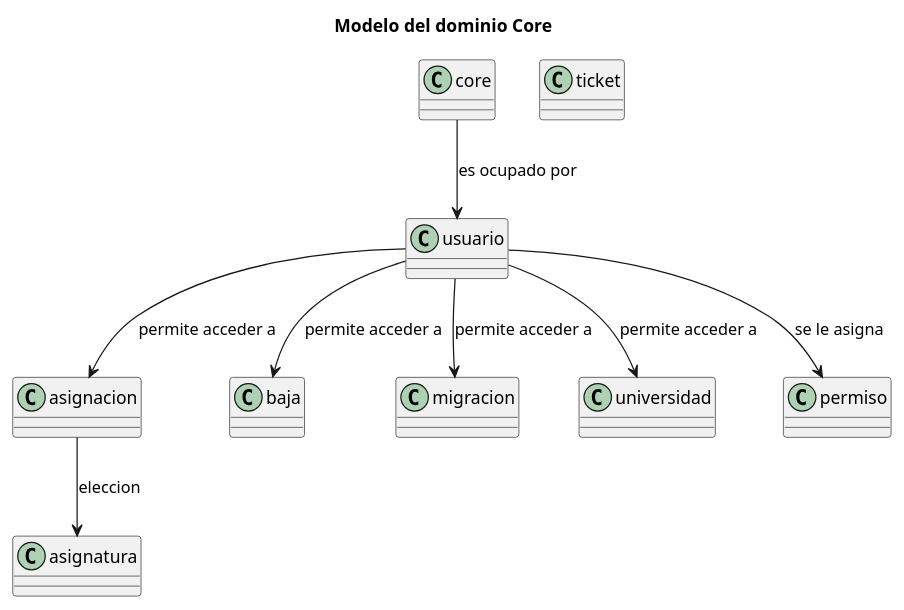
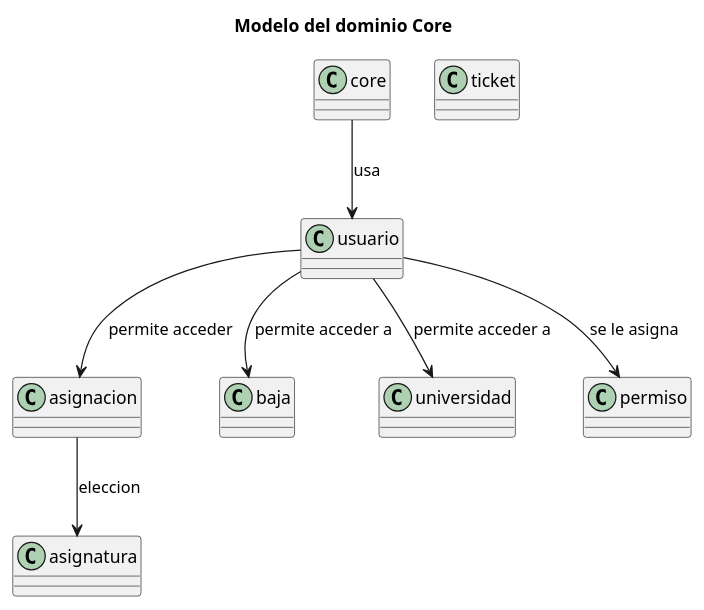
The diagram in modelosUML/ModeloDelDominio_Sergio2.puml (mmasias/23-24-IdSw1-SDR), drawn with PlantUML before and after one commit. The commit also changed 1 other file, not shown here.

Commit message:
update modelodomino CORE

```diff
--- a/modelosUML/ModeloDelDominio_Sergio2.puml
+++ b/modelosUML/ModeloDelDominio_Sergio2.puml
@@ -1,15 +1,14 @@
 @startuml
 'https://plantuml.com/sequence-diagram
 title Modelo del dominio Core
  
-core --> usuario : "es ocupado por"
-usuario --> asignacion : "permite acceder a"
+core --> usuario : "usa"
+usuario --> asignacion : "permite acceder "
 usuario --> baja : "permite acceder a"
-usuario --> migracion : "permite acceder a"
 usuario --> universidad : "permite acceder a"
 usuario --> permiso : "se le asigna"
 asignacion --> asignatura : "eleccion"
 
 class ticket
 
 @enduml
```
